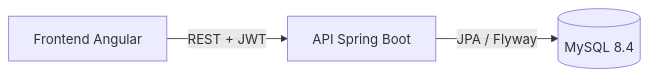
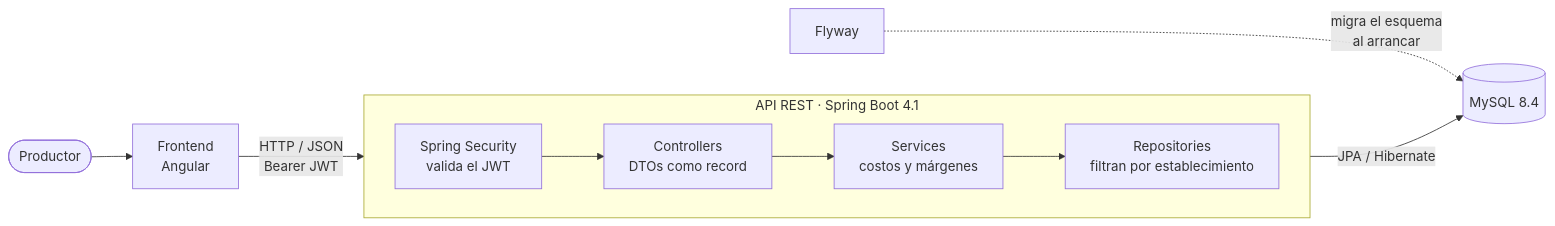
The diagram in README.md (rodrigocalizayadev/planilla-campo-backend), drawn with Mermaid before and after one commit.

Commit message:
docs: detallar el diagrama de arquitectura del README

````diff
--- a/README.md
+++ b/README.md
@@ -19,5 +19,15 @@
 ```mermaid
 flowchart LR
-    FE[Frontend Angular] -- "REST + JWT" --> API[API Spring Boot]
-    API -- "JPA / Flyway" --> DB[(MySQL 8.4)]
+    U([Productor]) --> FE["Frontend<br/>Angular"]
+    FE -- "HTTP / JSON<br/>Bearer JWT" --> SEC
+
+    subgraph API["API REST · Spring Boot 4.1"]
+        direction LR
+        SEC["Spring Security<br/>valida el JWT"] --> CTRL["Controllers<br/>DTOs como record"]
+        CTRL --> SVC["Services<br/>costos y márgenes"]
+        SVC --> REPO["Repositories<br/>filtran por establecimiento"]
+    end
+
+    REPO -- "JPA / Hibernate" --> DB[("MySQL 8.4")]
+    FLY["Flyway"] -. "migra el esquema<br/>al arrancar" .-> DB
 ```
````
